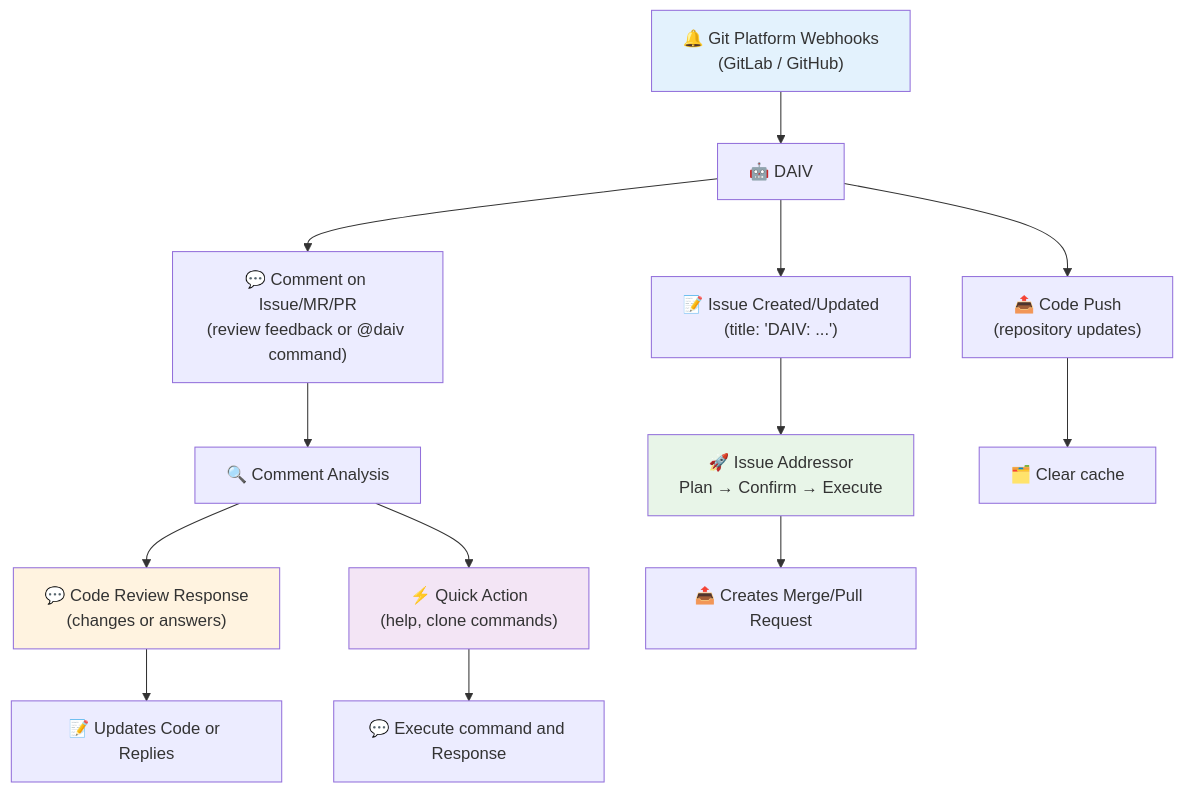
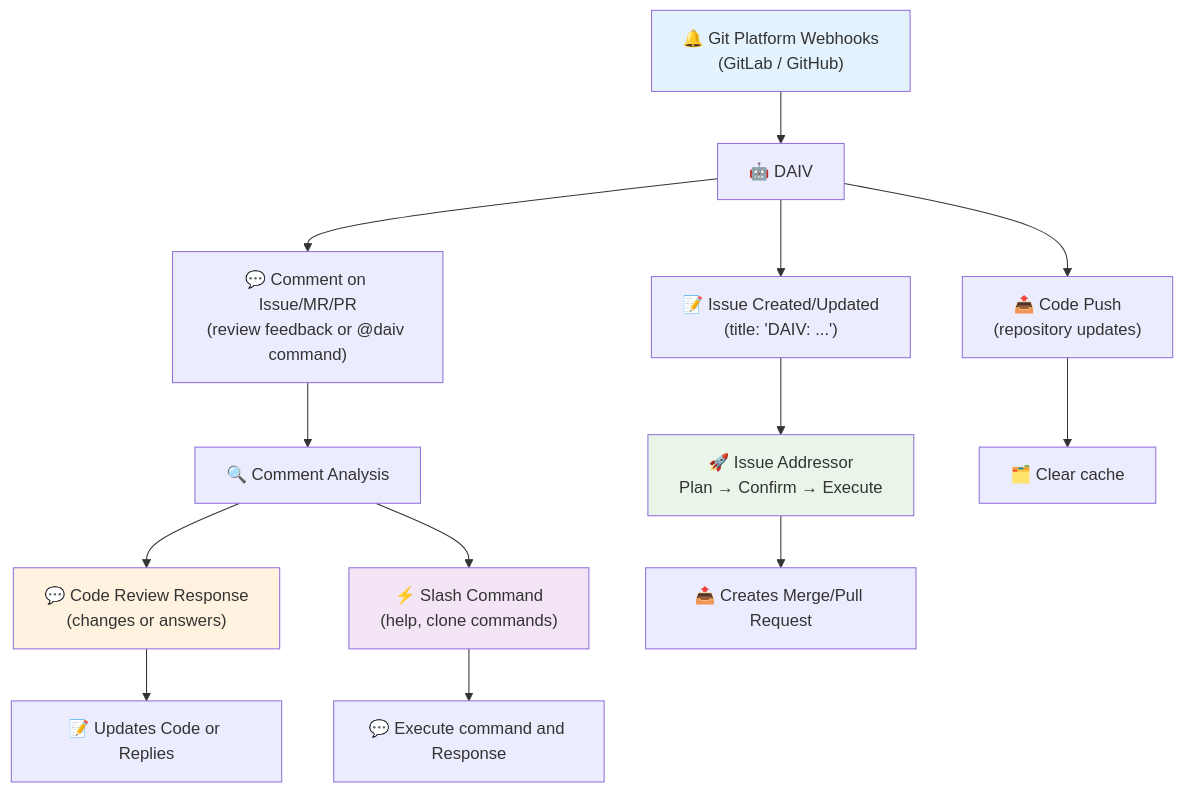
One commit to srtab/daiv changed the diagram in docs/index.md. Above: the diagram before and after it, drawn with Mermaid. The commit also changed other lines of this file and 66 other files, not shown here.

Commit message:
Renamed quick actions to slash commands and merged behavior with skills.

````diff
--- a/docs/index.md
+++ b/docs/index.md
@@ -29,24 +29,24 @@
 ```mermaid
 graph TD
     A["🔔 Git Platform Webhooks<br/>(GitLab / GitHub)"] --> B["🤖 DAIV"]
 
     B --> C["📝 Issue Created/Updated<br/>(title: 'DAIV: ...')"]
     B --> D["💬 Comment on Issue/MR/PR<br/>(review feedback or @daiv command)"]
     B --> F["📤 Code Push<br/>(repository updates)"]
 
     C --> G["🚀 Issue Addressor<br/>Plan → Confirm → Execute"]
     D --> H["🔍 Comment Analysis"]
     F --> J["🗂️ Clear cache"]
 
     H --> K["💬 Code Review Response<br/>(changes or answers)"]
-    H --> L["⚡ Quick Action<br/>(help, clone commands)"]
+    H --> L["⚡ Slash Command<br/>(help, clone commands)"]
 
     G --> M["📤 Creates Merge/Pull Request"]
     K --> N["📝 Updates Code or Replies"]
     L --> P["💬 Execute command and Response"]
 
     style A fill:#e3f2fd
     style G fill:#e8f5e8
     style K fill:#fff3e0
     style L fill:#f3e5f5
 ```
````
